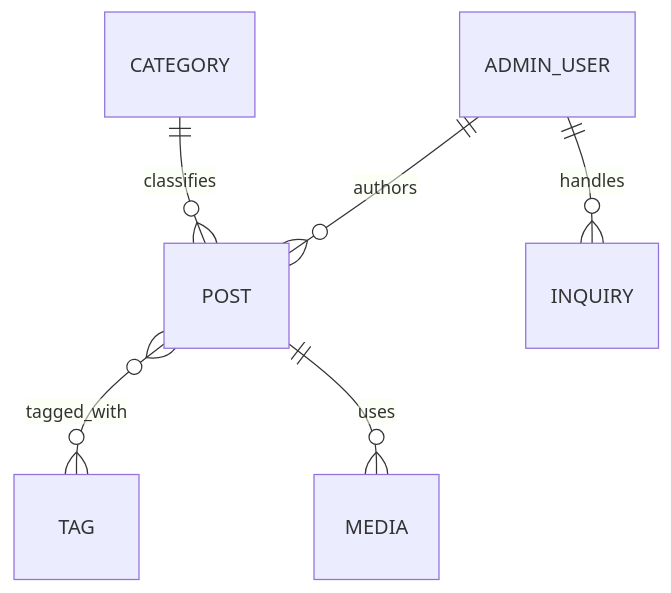
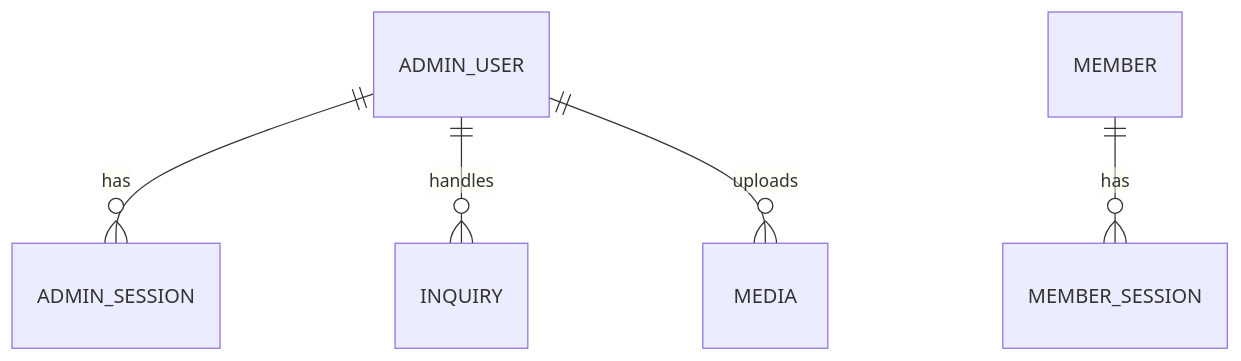
Before and after one commit to team-natural/natural-corporate: the second of 2 diagrams in docs/2-product/02-system-and-data.md, drawn with Mermaid. The commit also changed other lines of this file and 25 other files, not shown here.

````diff
--- a/docs/2-product/02-system-and-data.md
+++ b/docs/2-product/02-system-and-data.md
@@ -184,12 +187,7 @@
 ```mermaid
 erDiagram
-    ADMIN_USER ||--o{ POST : authors
-    CATEGORY ||--o{ POST : classifies
-    POST }o--o{ TAG : tagged_with
-    POST ||--o{ MEDIA : uses
+    ADMIN_USER ||--o{ ADMIN_SESSION : has
     ADMIN_USER ||--o{ INQUIRY : handles
-
-    %% プロダクト固有エンティティ（採用時のみ）
-    %% ADMIN_USER ||--o{ PAGE : authors
-    %% ORDER ||--o{ MEDIA : references
+    ADMIN_USER ||--o{ MEDIA : uploads
+    MEMBER ||--o{ MEMBER_SESSION : has
 ```
````
